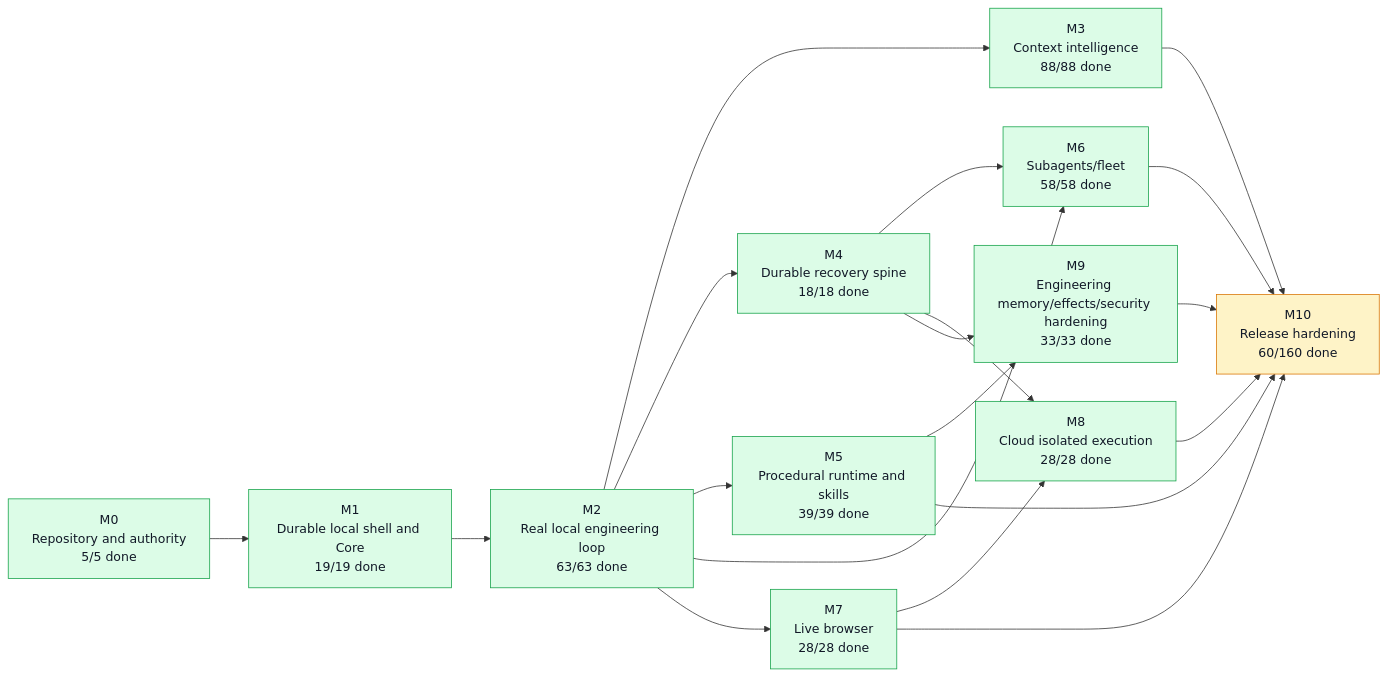
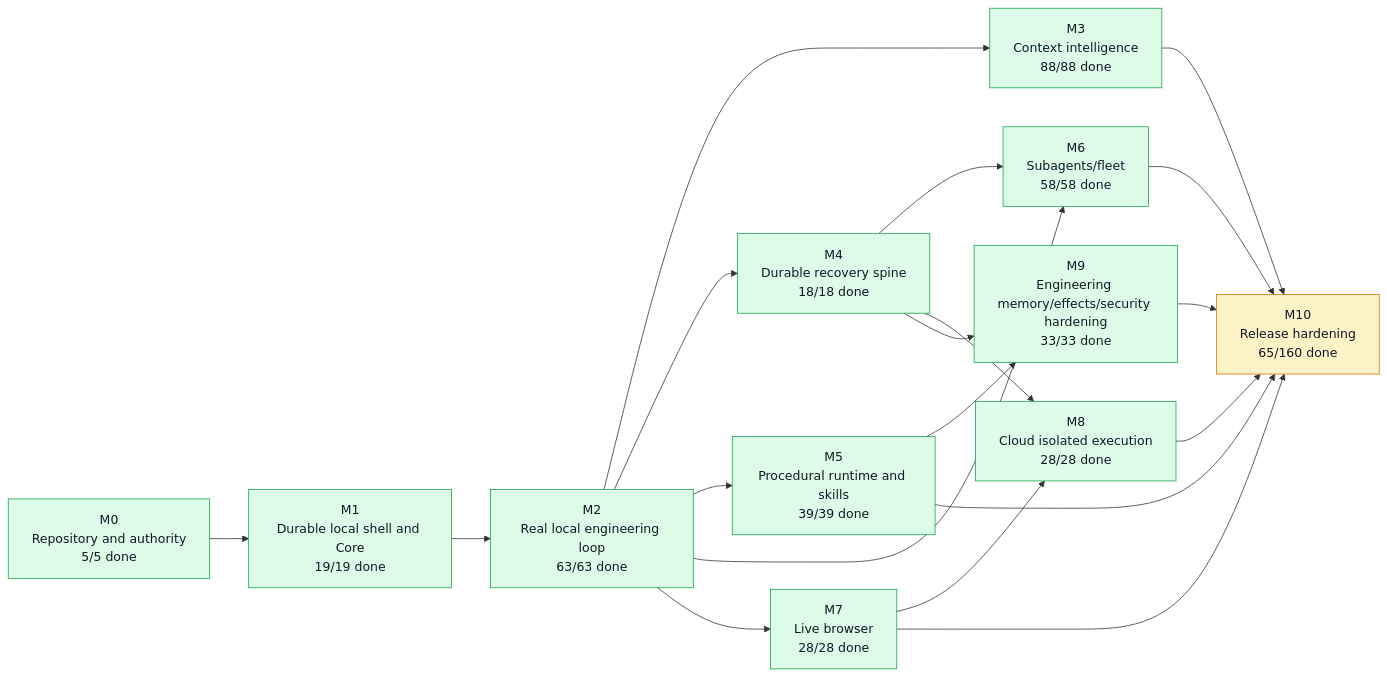
The first of 5 diagrams in graph/PROJECT_GRAPH.md (moss101/modbit), drawn with Mermaid before and after one commit. The commit also changed other lines of this file and 18 other files, not shown here.

````diff
--- a/graph/PROJECT_GRAPH.md
+++ b/graph/PROJECT_GRAPH.md
@@ -57,43 +57,43 @@
 ```mermaid
 flowchart LR
   M0["M0<br/>Repository and authority<br/>5/5 done"]
   M1["M1<br/>Durable local shell and Core<br/>19/19 done"]
   M2["M2<br/>Real local engineering loop<br/>63/63 done"]
   M3["M3<br/>Context intelligence<br/>88/88 done"]
   M4["M4<br/>Durable recovery spine<br/>18/18 done"]
   M5["M5<br/>Procedural runtime and skills<br/>39/39 done"]
   M6["M6<br/>Subagents/fleet<br/>58/58 done"]
   M7["M7<br/>Live browser<br/>28/28 done"]
   M8["M8<br/>Cloud isolated execution<br/>28/28 done"]
   M9["M9<br/>Engineering memory/effects/security hardening<br/>33/33 done"]
-  M10["M10<br/>Release hardening<br/>60/160 done"]
+  M10["M10<br/>Release hardening<br/>65/160 done"]
   M0 --> M1
   M1 --> M2
   M2 --> M3
   M2 --> M4
   M2 --> M5
   M2 --> M6
   M4 --> M6
   M2 --> M7
   M4 --> M8
   M7 --> M8
   M4 --> M9
   M5 --> M9
   M3 --> M10
   M5 --> M10
   M6 --> M10
   M7 --> M10
   M8 --> M10
   M9 --> M10
   style M0 fill:#dcfce7,stroke:#16a34a,color:#111827
   style M1 fill:#dcfce7,stroke:#16a34a,color:#111827
   style M2 fill:#dcfce7,stroke:#16a34a,color:#111827
   style M3 fill:#dcfce7,stroke:#16a34a,color:#111827
   style M4 fill:#dcfce7,stroke:#16a34a,color:#111827
   style M5 fill:#dcfce7,stroke:#16a34a,color:#111827
   style M6 fill:#dcfce7,stroke:#16a34a,color:#111827
   style M7 fill:#dcfce7,stroke:#16a34a,color:#111827
   style M8 fill:#dcfce7,stroke:#16a34a,color:#111827
   style M9 fill:#dcfce7,stroke:#16a34a,color:#111827
   style M10 fill:#fef3c7,stroke:#d97706,color:#111827
 ```
````
